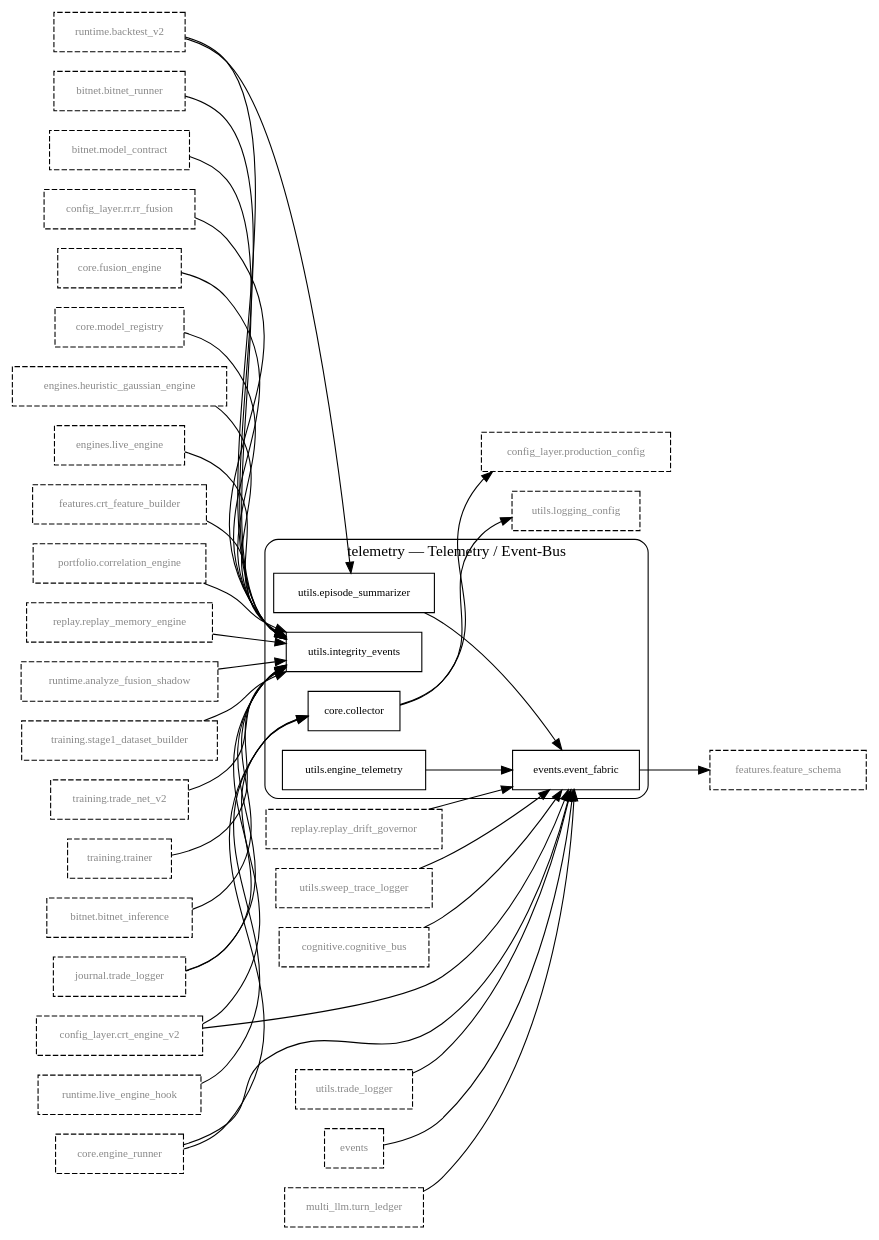
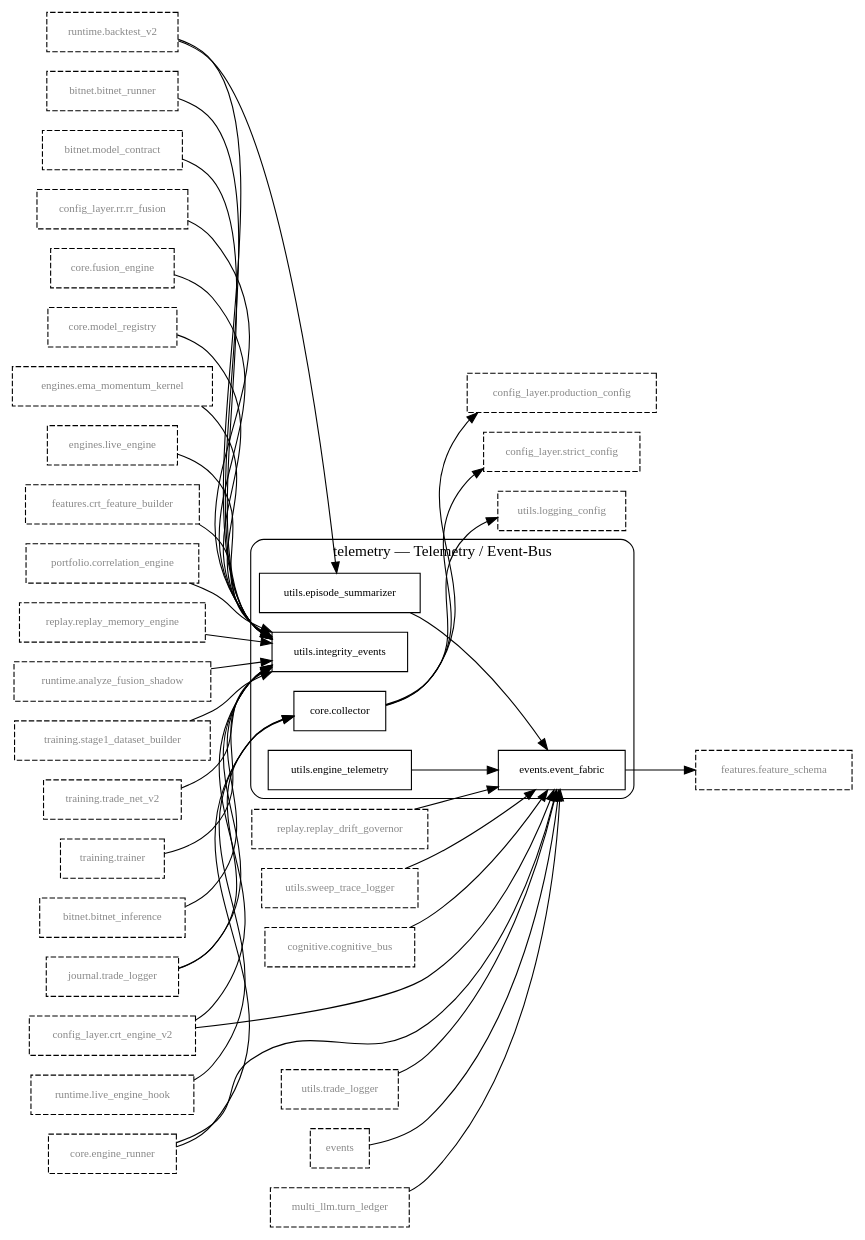
The diagram in flow_graphs/telemetry.dot (Chaithu1995-0312/TradeHlt), drawn with Graphviz before and after one commit. The commit also changed 9 other files, not shown here.

First line of the commit message:
Regenerate flow graphs and CLI matrix; resync drifted code citations in docs [nolog]

```diff
--- a/flow_graphs/telemetry.dot
+++ b/flow_graphs/telemetry.dot
@@ -1,83 +1,85 @@
 digraph flow_telemetry {
     rankdir=LR;
     node [shape=box, fontsize=10];
 
     subgraph "cluster_telemetry" {
         label="telemetry — Telemetry / Event-Bus"; style="rounded";
         "core.collector";
         "events.event_fabric";
         "utils.engine_telemetry";
         "utils.episode_summarizer";
         "utils.integrity_events";
     }
 
     // 1-hop dependency boundary (not flow members)
     "bitnet.bitnet_inference" [style="dashed", fontcolor="#888888"];
     "bitnet.bitnet_runner" [style="dashed", fontcolor="#888888"];
     "bitnet.model_contract" [style="dashed", fontcolor="#888888"];
     "cognitive.cognitive_bus" [style="dashed", fontcolor="#888888"];
     "config_layer.crt_engine_v2" [style="dashed", fontcolor="#888888"];
     "config_layer.production_config" [style="dashed", fontcolor="#888888"];
     "config_layer.rr.rr_fusion" [style="dashed", fontcolor="#888888"];
+    "config_layer.strict_config" [style="dashed", fontcolor="#888888"];
     "core.engine_runner" [style="dashed", fontcolor="#888888"];
     "core.fusion_engine" [style="dashed", fontcolor="#888888"];
     "core.model_registry" [style="dashed", fontcolor="#888888"];
-    "engines.heuristic_gaussian_engine" [style="dashed", fontcolor="#888888"];
+    "engines.ema_momentum_kernel" [style="dashed", fontcolor="#888888"];
     "engines.live_engine" [style="dashed", fontcolor="#888888"];
     "events" [style="dashed", fontcolor="#888888"];
     "features.crt_feature_builder" [style="dashed", fontcolor="#888888"];
     "features.feature_schema" [style="dashed", fontcolor="#888888"];
     "journal.trade_logger" [style="dashed", fontcolor="#888888"];
     "multi_llm.turn_ledger" [style="dashed", fontcolor="#888888"];
     "portfolio.correlation_engine" [style="dashed", fontcolor="#888888"];
     "replay.replay_drift_governor" [style="dashed", fontcolor="#888888"];
     "replay.replay_memory_engine" [style="dashed", fontcolor="#888888"];
     "runtime.analyze_fusion_shadow" [style="dashed", fontcolor="#888888"];
     "runtime.backtest_v2" [style="dashed", fontcolor="#888888"];
     "runtime.live_engine_hook" [style="dashed", fontcolor="#888888"];
     "training.stage1_dataset_builder" [style="dashed", fontcolor="#888888"];
     "training.trade_net_v2" [style="dashed", fontcolor="#888888"];
     "training.trainer" [style="dashed", fontcolor="#888888"];
     "utils.logging_config" [style="dashed", fontcolor="#888888"];
     "utils.sweep_trace_logger" [style="dashed", fontcolor="#888888"];
     "utils.trade_logger" [style="dashed", fontcolor="#888888"];
 
     // member -> member (intra-flow dependencies)
     "utils.engine_telemetry" -> "events.event_fabric";
     "utils.episode_summarizer" -> "events.event_fabric";
 
     // boundary dependencies (one endpoint outside the flow)
     "bitnet.bitnet_inference" -> "utils.integrity_events";
     "bitnet.bitnet_runner" -> "utils.integrity_events";
     "bitnet.model_contract" -> "utils.integrity_events";
     "cognitive.cognitive_bus" -> "events.event_fabric";
     "config_layer.crt_engine_v2" -> "events.event_fabric";
     "config_layer.crt_engine_v2" -> "utils.integrity_events";
     "config_layer.rr.rr_fusion" -> "utils.integrity_events";
     "core.collector" -> "config_layer.production_config";
+    "core.collector" -> "config_layer.strict_config";
     "core.collector" -> "utils.logging_config";
     "core.engine_runner" -> "core.collector";
     "core.engine_runner" -> "events.event_fabric";
     "core.fusion_engine" -> "utils.integrity_events";
     "core.model_registry" -> "utils.integrity_events";
-    "engines.heuristic_gaussian_engine" -> "utils.integrity_events";
+    "engines.ema_momentum_kernel" -> "utils.integrity_events";
     "engines.live_engine" -> "utils.integrity_events";
     "events" -> "events.event_fabric";
     "events.event_fabric" -> "features.feature_schema";
     "features.crt_feature_builder" -> "utils.integrity_events";
     "journal.trade_logger" -> "core.collector";
     "journal.trade_logger" -> "utils.integrity_events";
     "multi_llm.turn_ledger" -> "events.event_fabric";
     "portfolio.correlation_engine" -> "utils.integrity_events";
     "replay.replay_drift_governor" -> "events.event_fabric";
     "replay.replay_memory_engine" -> "utils.integrity_events";
     "runtime.analyze_fusion_shadow" -> "utils.integrity_events";
     "runtime.backtest_v2" -> "utils.episode_summarizer";
     "runtime.backtest_v2" -> "utils.integrity_events";
     "runtime.live_engine_hook" -> "core.collector";
     "training.stage1_dataset_builder" -> "utils.integrity_events";
     "training.trade_net_v2" -> "utils.integrity_events";
     "training.trainer" -> "utils.integrity_events";
     "utils.sweep_trace_logger" -> "events.event_fabric";
     "utils.trade_logger" -> "events.event_fabric";
 }
```
